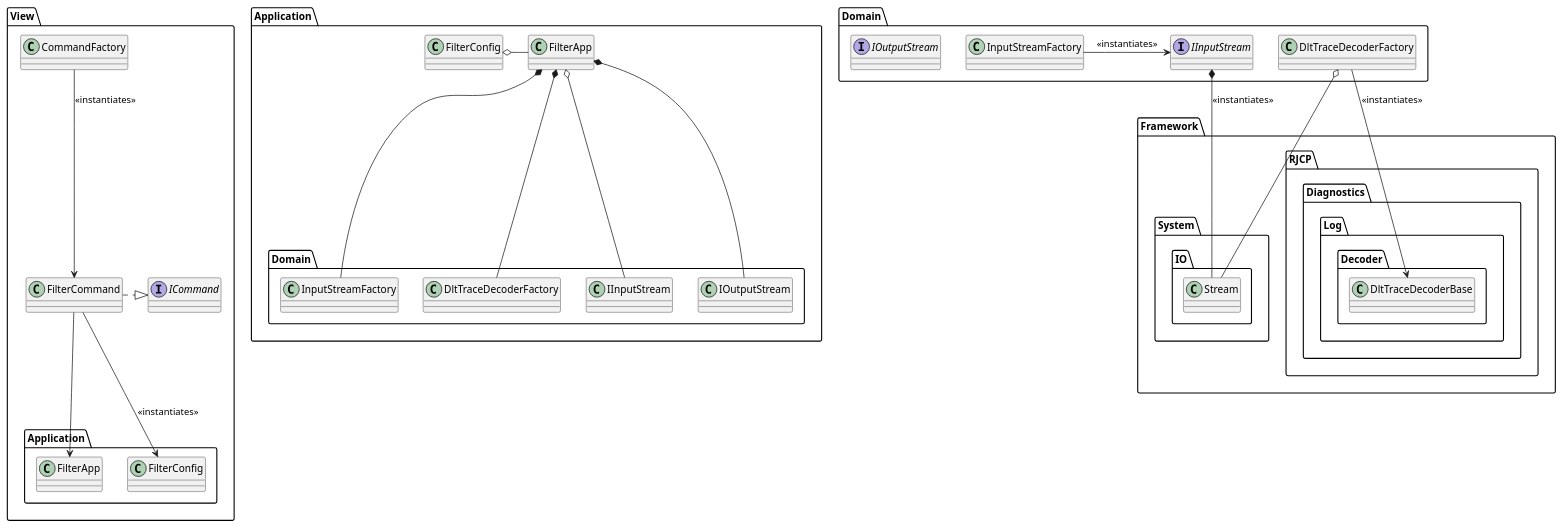
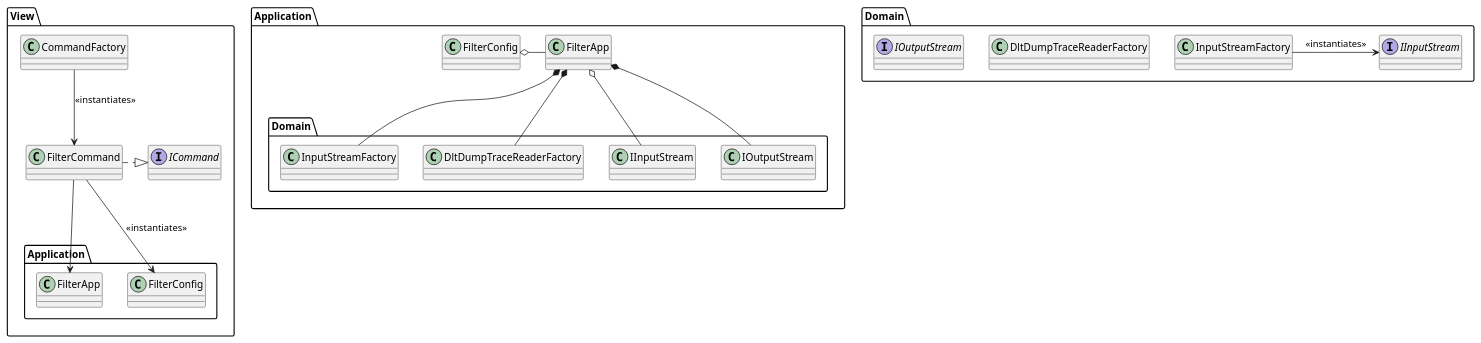
The diagram in apps/DltDump/docs/diagrams/appfilterinit.plantuml (jcurl/RJCP.DLL.Log), drawn with PlantUML before and after one commit. The commit also changed 8 other files, not shown here.

First line of the commit message:
DltDump: Provide design for decoding PCAPs

```diff
--- a/apps/DltDump/docs/diagrams/appfilterinit.plantuml
+++ b/apps/DltDump/docs/diagrams/appfilterinit.plantuml
@@ -1,54 +1,40 @@
 @startuml App.Filter.Initialization
 
 namespace View {
     class CommandFactory
 
     interface ICommand
     class FilterCommand
 
     ICommand <|.l.FilterCommand
 
     CommandFactory --> FilterCommand : <<instantiates>>
 
     FilterCommand --> Application.FilterApp
     FilterCommand --> Application.FilterConfig : <<instantiates>>
 }
 
 'View.HelpCommand --> Framework.System.Console
 
 namespace Application {
     class FilterApp
     class FilterConfig
 
     FilterConfig o-r- FilterApp
 
     FilterApp *-d- Domain.InputStreamFactory
-    FilterApp *-d- Domain.DltTraceDecoderFactory
+    FilterApp *-d- Domain.DltDumpTraceReaderFactory
     FilterApp o-d- Domain.IInputStream
     FilterApp *-d- Domain.IOutputStream
 }
 
 namespace Domain {
     class InputStreamFactory
     interface IInputStream
-    class DltTraceDecoderFactory
+    class DltDumpTraceReaderFactory
     interface IOutputStream
 
     InputStreamFactory -r-> IInputStream : <<instantiates>>
 }
 
-namespace Framework {
-    namespace System.IO {
-        class Stream
-    }
-
-    namespace RJCP.Diagnostics.Log.Decoder {
-        class DltTraceDecoderBase
-    }
-
-    Domain.IInputStream *-d- System.IO.Stream : <<instantiates>>
-    Domain.DltTraceDecoderFactory --> RJCP.Diagnostics.Log.Decoder.DltTraceDecoderBase : <<instantiates>>
-    Domain.DltTraceDecoderFactory o-d- System.IO.Stream
-}
-
 @enduml
```
